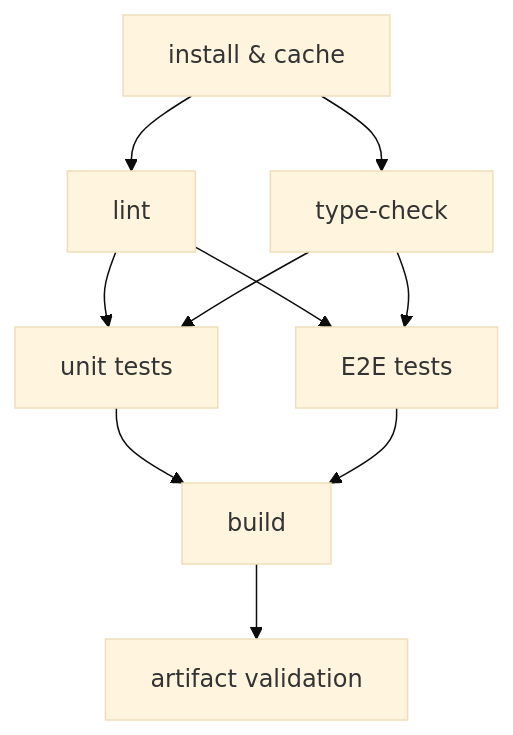
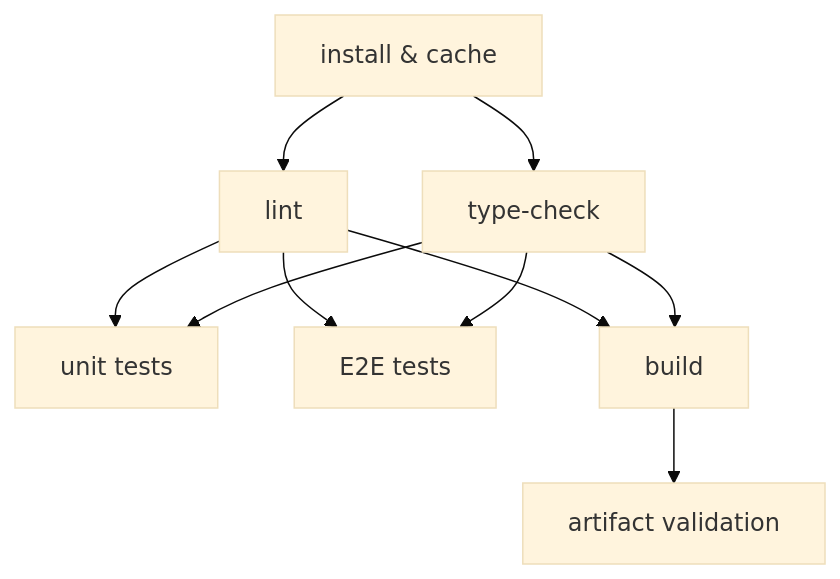
Before and after one commit to alivedise/frontend-engineering-essentials: the diagram in docs/en/CI CD and Deployment/1502.md, drawn with Mermaid (base theme). The commit also changed other lines of this file and 1 other file, not shown here.

````diff
--- a/docs/en/CI CD and Deployment/1502.md
+++ b/docs/en/CI CD and Deployment/1502.md
@@ -110,12 +41,12 @@
 ```mermaid
 graph TD
     A[install & cache] --> B[lint]
     A --> C[type-check]
     B --> D[unit tests]
     C --> D
     B --> E[E2E tests]
     C --> E
-    D --> F[build]
-    E --> F
+    B --> F[build]
+    C --> F
     F --> G[artifact validation]
 ```
````
